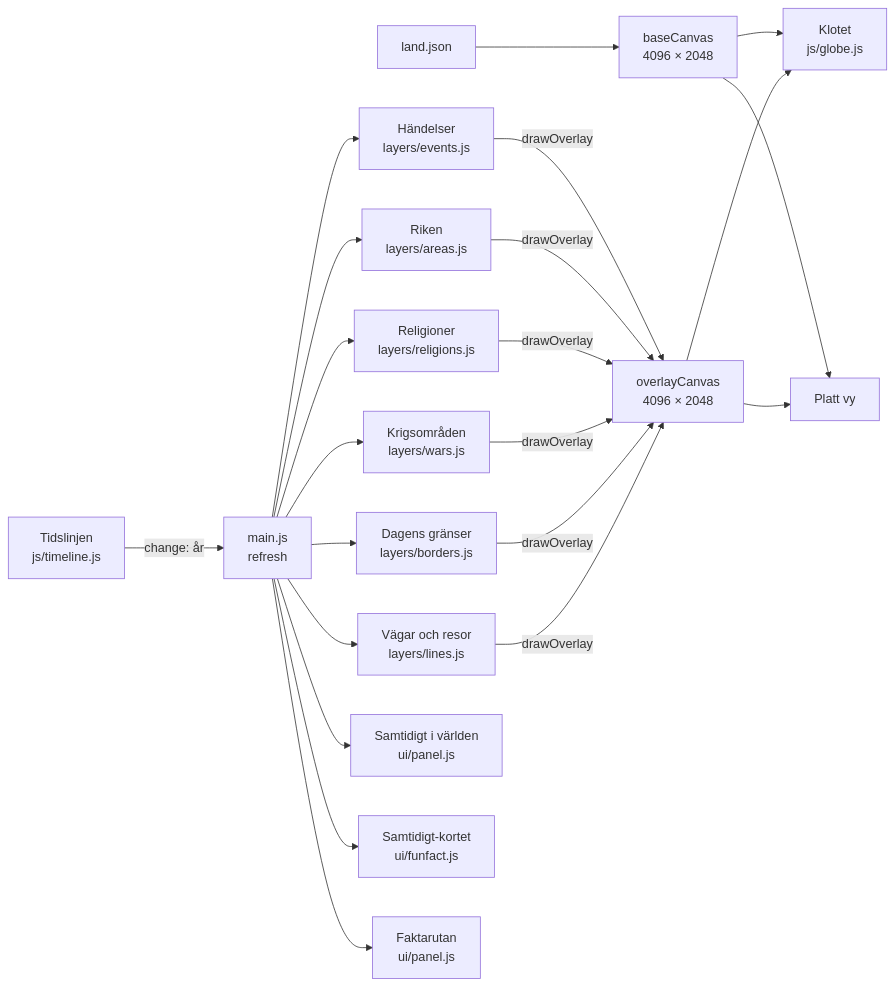
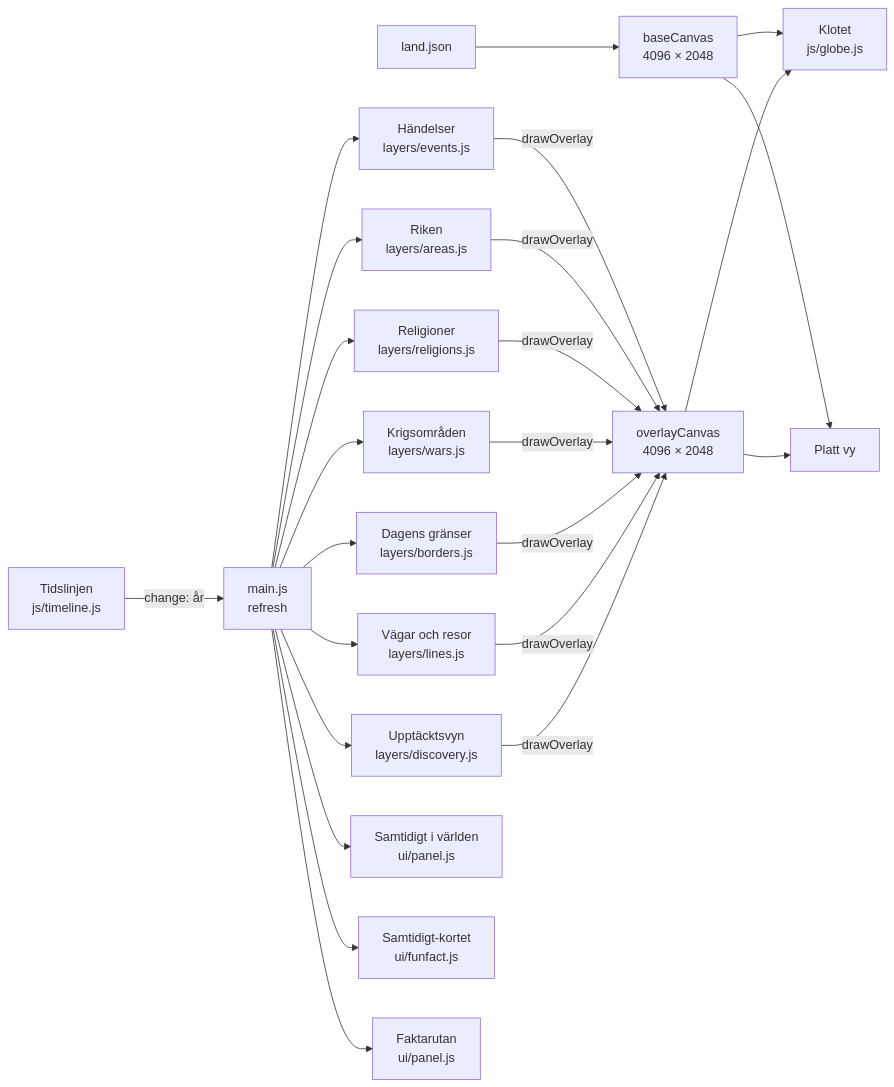
Before and after one commit to DasKrokodil/historia-globen: the diagram in docs/arkitektur.md, drawn with Mermaid. The commit also changed other lines of this file and 17 other files, not shown here.

````diff
--- a/docs/arkitektur.md
+++ b/docs/arkitektur.md
@@ -16,17 +16,18 @@
 ```mermaid
 flowchart LR
   T[Tidslinjen<br/>js/timeline.js] -- change: år --> M[main.js<br/>refresh]
   M --> L1[Händelser<br/>layers/events.js]
   M --> L2[Riken<br/>layers/areas.js]
   M --> L3[Religioner<br/>layers/religions.js]
   M --> L4[Krigsområden<br/>layers/wars.js]
   M --> L5[Dagens gränser<br/>layers/borders.js]
   M --> L6[Vägar och resor<br/>layers/lines.js]
-  L1 & L2 & L3 & L4 & L5 & L6 -- drawOverlay --> O[overlayCanvas<br/>4096 × 2048]
+  M --> L7[Upptäcktsvyn<br/>layers/discovery.js]
+  L1 & L2 & L3 & L4 & L5 & L6 & L7 -- drawOverlay --> O[overlayCanvas<br/>4096 × 2048]
   B[land.json] --> BC[baseCanvas<br/>4096 × 2048]
   BC & O --> G[Klotet<br/>js/globe.js]
   BC & O --> F[Platt vy]
   M --> P[Samtidigt i världen<br/>ui/panel.js]
   M --> S[Samtidigt-kortet<br/>ui/funfact.js]
   M --> D[Faktarutan<br/>ui/panel.js]
 ```
````
